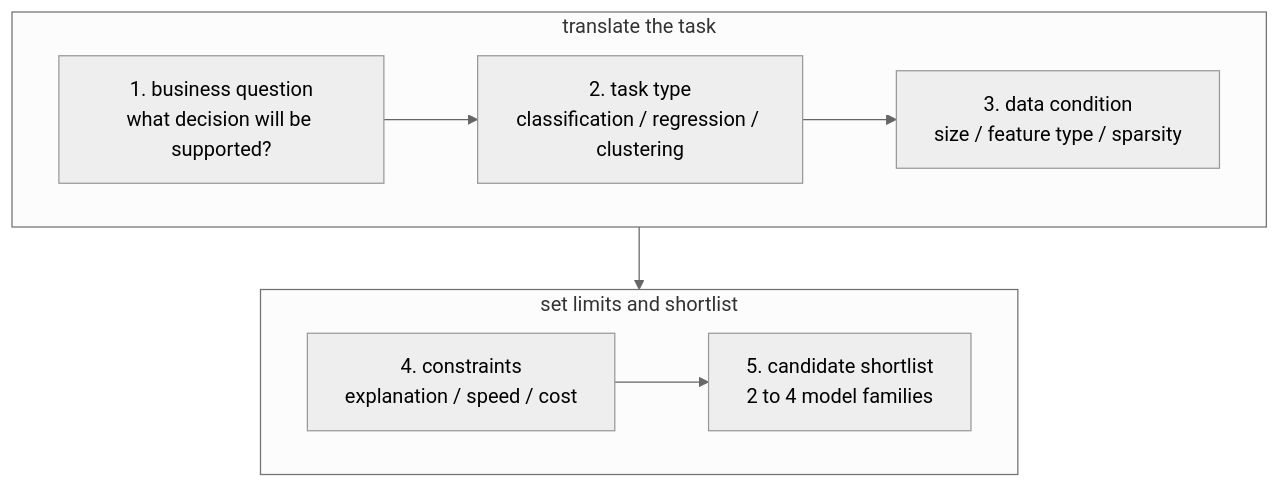
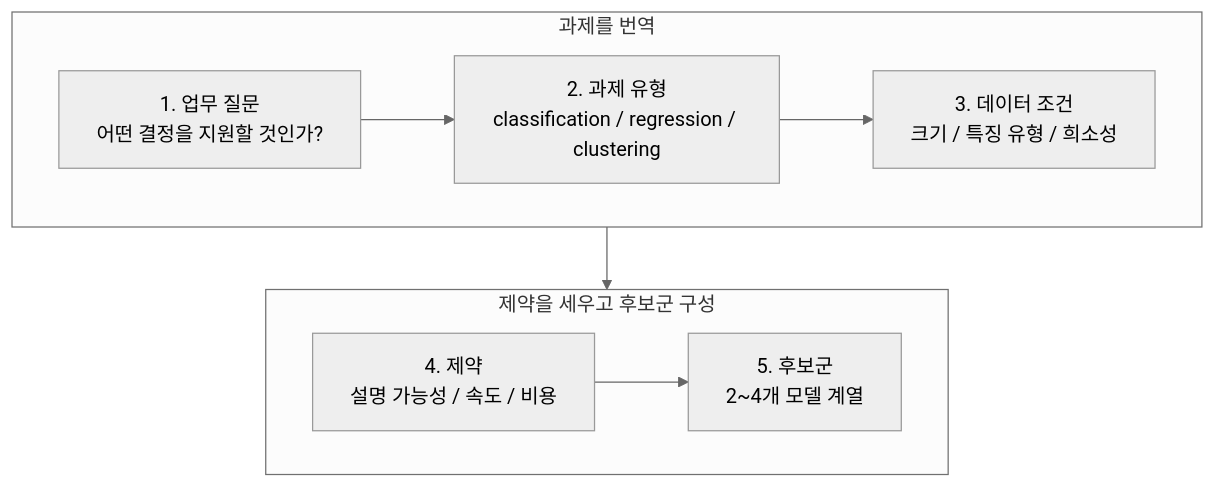
Before and after one commit to devchan64/AiBook: the second of 3 diagrams in docs/parts/part-04/chapter-08/section-01.md, drawn with Mermaid (neutral theme). The commit also changed other lines of this file and 138 other files, not shown here.

````diff
--- a/docs/parts/part-04/chapter-08/section-01.md
+++ b/docs/parts/part-04/chapter-08/section-01.md
@@ -276,18 +276,18 @@
 ```mermaid
 flowchart TD
-  subgraph Q1["translate the task"]
+  subgraph Q1["과제를 번역"]
     direction LR
-    A["1. business question<br/>what decision will be supported?"]
-    B["2. task type<br/>classification / regression / clustering"]
-    C["3. data condition<br/>size / feature type / sparsity"]
+    A["1. 업무 질문<br/>어떤 결정을 지원할 것인가?"]
+    B["2. 과제 유형<br/>classification / regression / clustering"]
+    C["3. 데이터 조건<br/>크기 / 특징 유형 / 희소성"]
   end
 
-  subgraph Q2["set limits and shortlist"]
+  subgraph Q2["제약을 세우고 후보군 구성"]
     direction LR
-    D["4. constraints<br/>explanation / speed / cost"]
-    E["5. candidate shortlist<br/>2 to 4 model families"]
+    D["4. 제약<br/>설명 가능성 / 속도 / 비용"]
+    E["5. 후보군<br/>2~4개 모델 계열"]
   end
 
   A --> B --> C
   C --> D --> E
 ```
````
